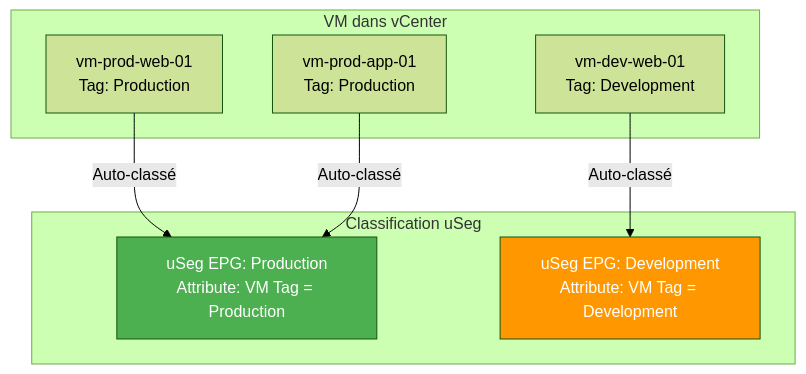
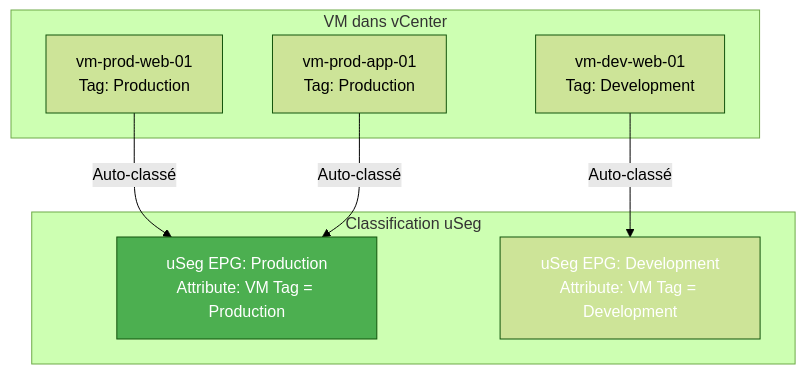
Before and after one commit to VBlackJack/ShellBook: the fifth of 6 diagrams in docs/formations/terraform-aci/08-module.md, drawn with Mermaid (forest theme). The commit also changed other lines of this file and 337 other files, not shown here.

First line of the commit message:
refactor(docs): Standardize code blocks and Mermaid colors

````diff
--- a/docs/formations/terraform-aci/08-module.md
+++ b/docs/formations/terraform-aci/08-module.md
@@ -531,20 +531,20 @@
 ```mermaid
 graph TB
     subgraph "VM dans vCenter"
         VM1["vm-prod-web-01<br/>Tag: Production"]
         VM2["vm-dev-web-01<br/>Tag: Development"]
         VM3["vm-prod-app-01<br/>Tag: Production"]
     end
 
     subgraph "Classification uSeg"
         PROD["uSeg EPG: Production<br/>Attribute: VM Tag = Production"]
         DEV["uSeg EPG: Development<br/>Attribute: VM Tag = Development"]
     end
 
     VM1 -->|"Auto-classé"| PROD
     VM3 -->|"Auto-classé"| PROD
     VM2 -->|"Auto-classé"| DEV
 
     style PROD fill:#4caf50,color:#fff
-    style DEV fill:#ff9800,color:#fff
+    style DEV fill:#FF9800800800,color:#fff
 ```
````
